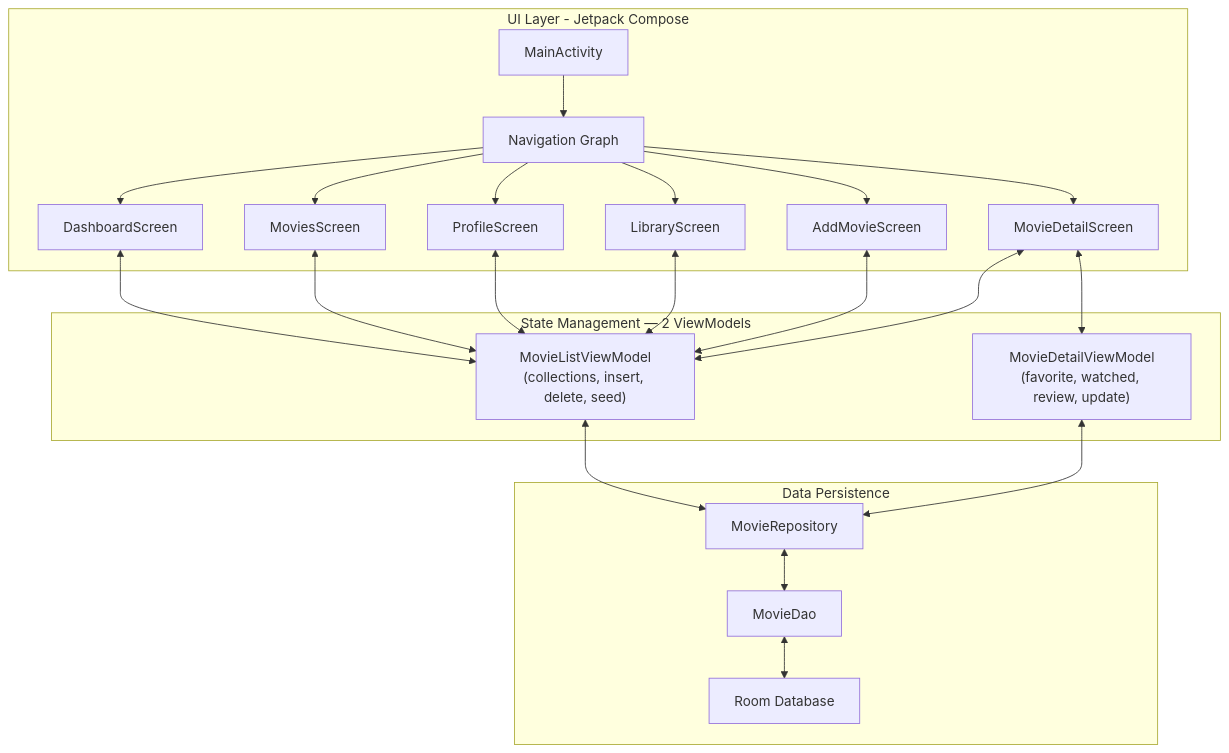
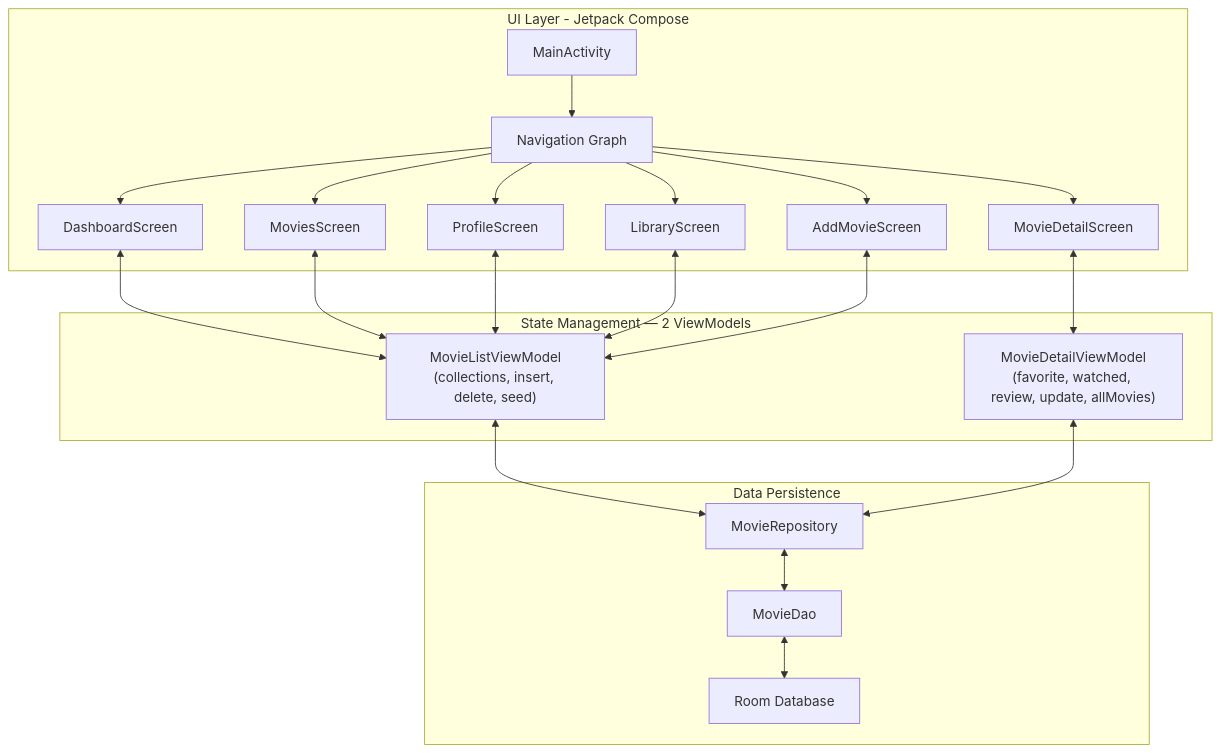
Before and after one commit to patrykspace/Cine-log: the first of 2 diagrams in README.md, drawn with Mermaid. The commit also changed other lines of this file and 2 other files, not shown here.

Commit message:
feat: implement main navigation activity and movie detail screen UI

````diff
--- a/README.md
+++ b/README.md
@@ -16,30 +16,29 @@
 ```mermaid
 graph TD
     subgraph UI_Layer [UI Layer - Jetpack Compose]
         A[MainActivity] --> B[Navigation Graph]
         B --> C[DashboardScreen]
         B --> D[MoviesScreen]
         B --> E[ProfileScreen]
         B --> F[MovieDetailScreen]
         B --> G2[LibraryScreen]
         B --> G3[AddMovieScreen]
     end
 
     subgraph Logic_Layer [State Management — 2 ViewModels]
         G["MovieListViewModel\n(collections, insert, delete, seed)"]
-        G1["MovieDetailViewModel\n(favorite, watched, review, update)"]
+        G1["MovieDetailViewModel\n(favorite, watched, review, update, allMovies)"]
     end
 
     subgraph Data_Layer [Data Persistence]
         H[MovieRepository]
         I[Room Database]
         J[MovieDao]
     end
 
     C & D & E & G2 & G3 <--> G
-    F <--> G
     F <--> G1
     G & G1 <--> H
     H <--> J
     J <--> I
 ```
````
